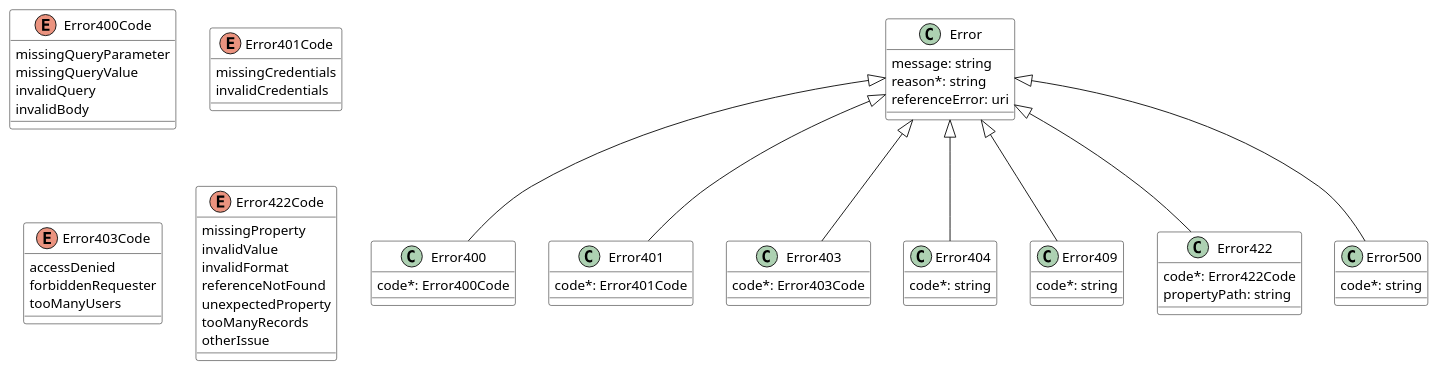
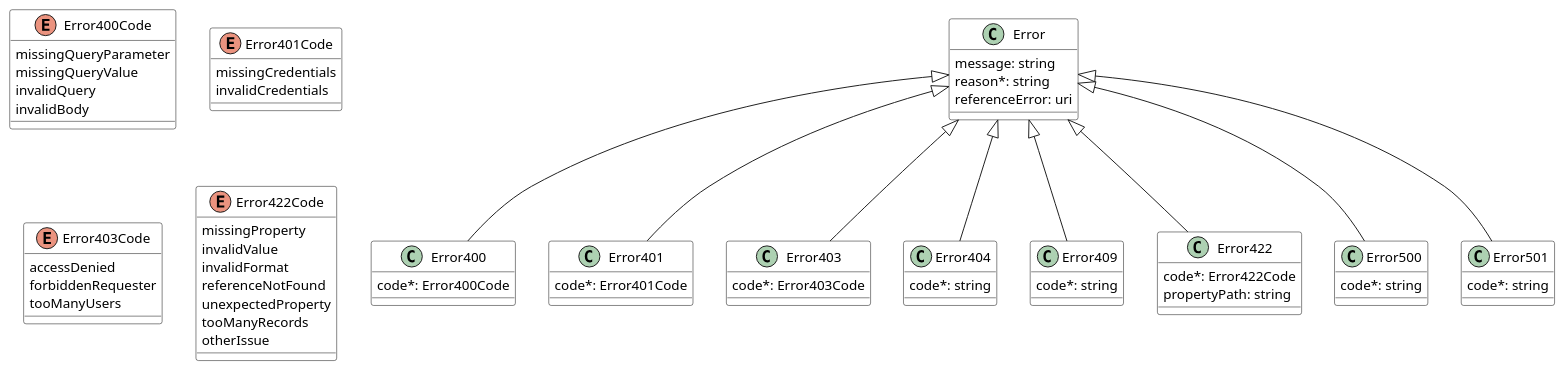
The diagram in documentation/productApi/billing/media/src/error_entities.puml (MEF-GIT/MEF-LSO-Sonata-SDK), drawn with PlantUML before and after one commit. The commit also changed 595 other files, not shown here.

```diff
--- a/documentation/productApi/billing/media/src/error_entities.puml
+++ b/documentation/productApi/billing/media/src/error_entities.puml
@@ -1,107 +1,114 @@
 @startuml
 skinparam {
     ClassBackgroundColor White
     ClassBorderColor Black
 }
 
 
 class Error400 {
 
     code*: Error400Code
 }
 Error <|-- Error400
 
 
 
 class Error401 {
 
     code*: Error401Code
 }
 Error <|-- Error401
 
 
 
 class Error403 {
 
     code*: Error403Code
 }
 Error <|-- Error403
 
 
 
 class Error404 {
 
     code*: string
 }
 Error <|-- Error404
 
 
 
 class Error409 {
 
     code*: string
 }
 Error <|-- Error409
 
 
 
 class Error {
 
     message: string
     reason*: string
     referenceError: uri
 }
 
 
 enum Error400Code {
 
     missingQueryParameter
     missingQueryValue
     invalidQuery
     invalidBody
 }
 
 enum Error401Code {
 
     missingCredentials
     invalidCredentials
 }
 
 enum Error403Code {
 
     accessDenied
     forbiddenRequester
     tooManyUsers
 }
 
 
 enum Error422Code {
 
     missingProperty
     invalidValue
     invalidFormat
     referenceNotFound
     unexpectedProperty
     tooManyRecords
     otherIssue
 }
 
 class Error422 {
 
     code*: Error422Code
     propertyPath: string
 }
 Error <|-- Error422
 
 
 
 class Error500 {
 
     code*: string
 }
 Error <|-- Error500
 
 
+class Error501 {
+
+    code*: string
+}
+Error <|-- Error501
+
+
 
 
 @enduml
```
